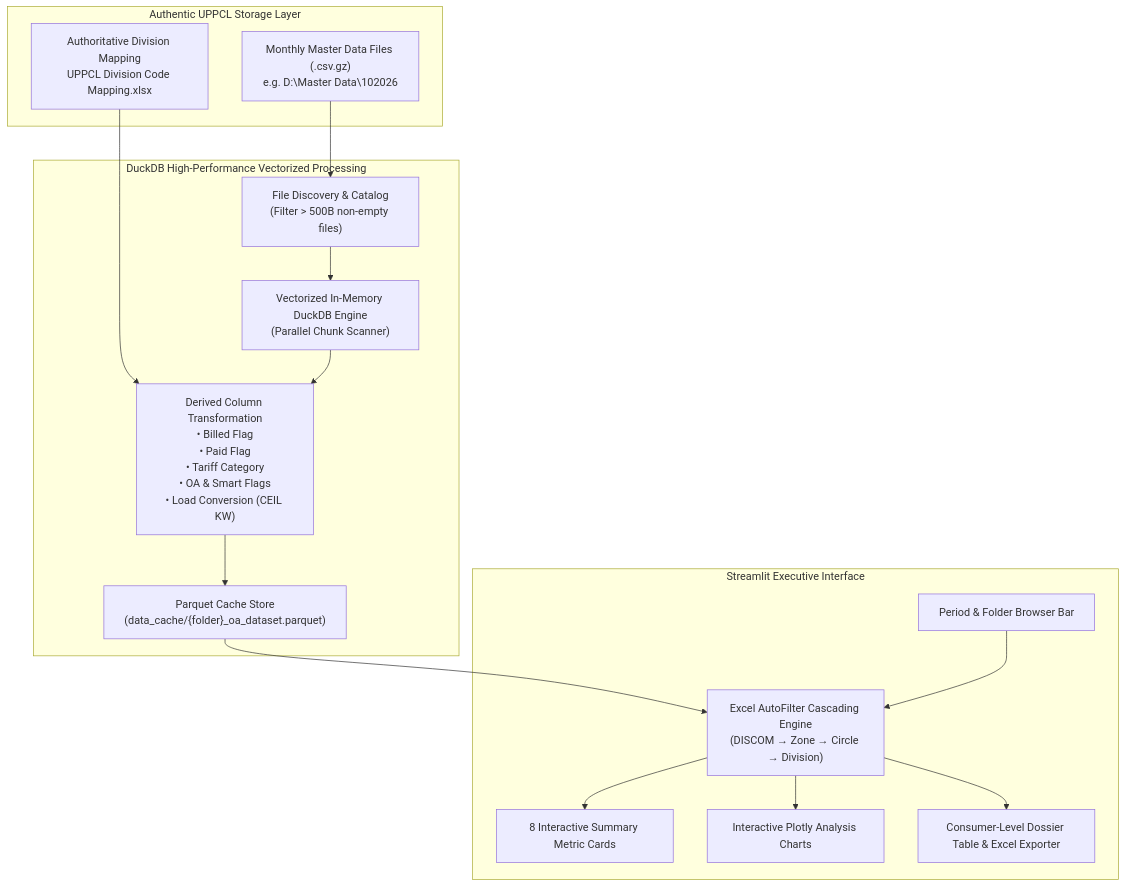
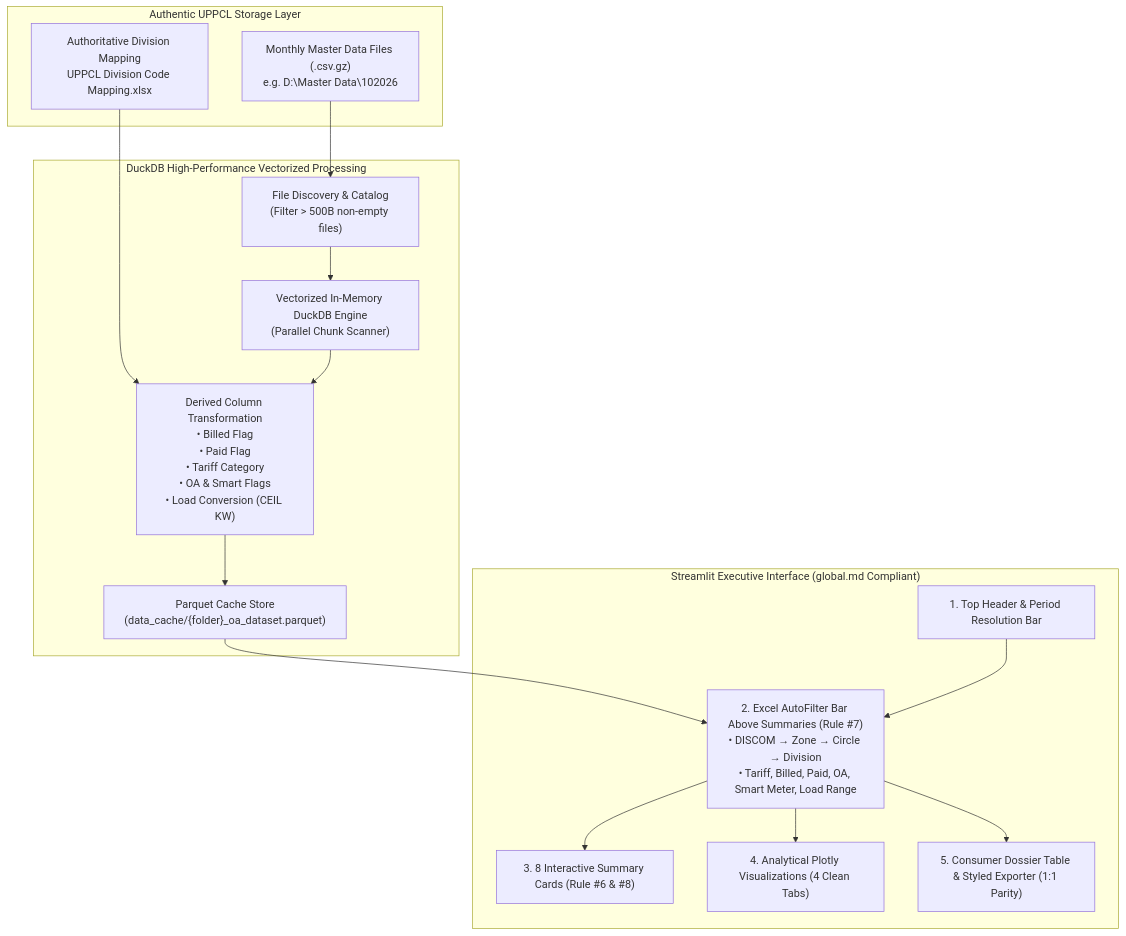
The diagram in docs/TECHNICAL_DESIGN_AND_MANUAL.md (santosh-mvvnl/Open-Access), drawn with Mermaid before and after one commit. The commit also changed other lines of this file and 2 other files, not shown here.

Commit message:
feat: Redesign layout with Excel AutoFilter popovers above summaries and clutter-free UI conforming to global.md

````diff
--- a/docs/TECHNICAL_DESIGN_AND_MANUAL.md
+++ b/docs/TECHNICAL_DESIGN_AND_MANUAL.md
@@ -8,33 +8,33 @@
 ```mermaid
 graph TD
     subgraph Storage["Authentic UPPCL Storage Layer"]
         MD["Monthly Master Data Files (.csv.gz)<br>e.g. D:\Master Data\102026"]
         MAP["Authoritative Division Mapping<br>UPPCL Division Code Mapping.xlsx"]
     end
 
     subgraph Engine["DuckDB High-Performance Vectorized Processing"]
         SCAN["File Discovery & Catalog<br>(Filter > 500B non-empty files)"]
         DUCK["Vectorized In-Memory DuckDB Engine<br>(Parallel Chunk Scanner)"]
         ENRICH["Derived Column Transformation<br>• Billed Flag<br>• Paid Flag<br>• Tariff Category<br>• OA & Smart Flags<br>• Load Conversion (CEIL KW)"]
         CACHE["Parquet Cache Store<br>(data_cache/{folder}_oa_dataset.parquet)"]
     end
 
-    subgraph UI["Streamlit Executive Interface"]
-        CTRL["Period & Folder Browser Bar"]
-        FILT["Excel AutoFilter Cascading Engine<br>(DISCOM &rarr; Zone &rarr; Circle &rarr; Division)"]
-        KPI["8 Interactive Summary Metric Cards"]
-        CHART["Interactive Plotly Analysis Charts"]
-        TABLE["Consumer-Level Dossier Table & Excel Exporter"]
+    subgraph UI["Streamlit Executive Interface (global.md Compliant)"]
+        TOP["1. Top Header & Period Resolution Bar"]
+        FILT["2. Excel AutoFilter Bar Above Summaries (Rule #7)<br>• DISCOM &rarr; Zone &rarr; Circle &rarr; Division<br>• Tariff, Billed, Paid, OA, Smart Meter, Load Range"]
+        KPI["3. 8 Interactive Summary Cards (Rule #6 & #8)"]
+        CHART["4. Analytical Plotly Visualizations (4 Clean Tabs)"]
+        TABLE["5. Consumer Dossier Table & Styled Exporter (1:1 Parity)"]
     end
 
     MD --> SCAN
     SCAN --> DUCK
     MAP --> ENRICH
     DUCK --> ENRICH
     ENRICH --> CACHE
     CACHE --> FILT
     FILT --> KPI
     FILT --> CHART
     FILT --> TABLE
-    CTRL --> FILT
+    TOP --> FILT
 ```
````
